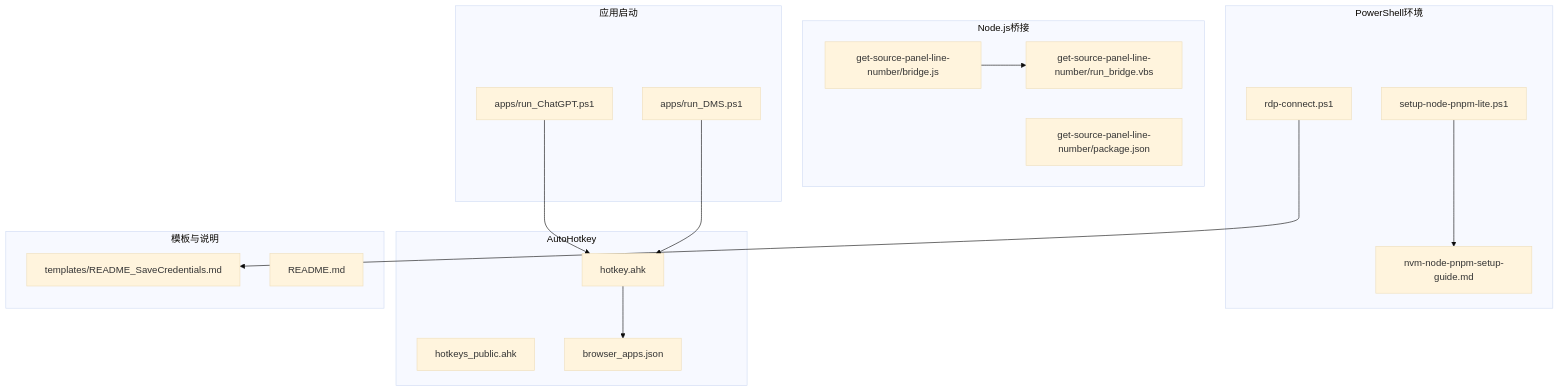
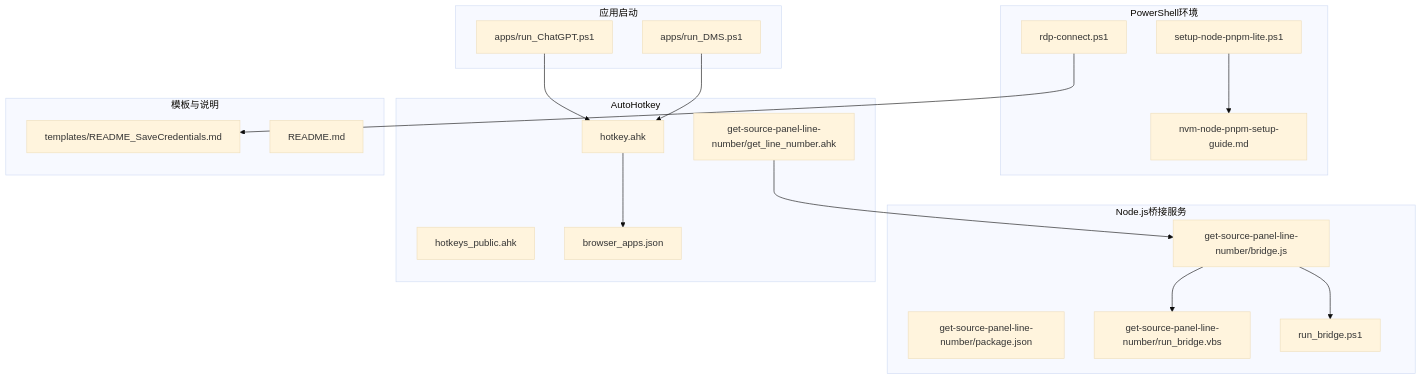
One commit to wangys-123doit/hotkey changed the first of 8 diagrams in .qoder/repowiki/zh/content/外部工具集成/PowerShell集成.md. Above: the diagram before and after it, drawn with Mermaid (base theme). The commit also changed other lines of this file and 5 other files, not shown here.

````diff
--- a/.qoder/repowiki/zh/content/外部工具集成/PowerShell集成.md
+++ b/.qoder/repowiki/zh/content/外部工具集成/PowerShell集成.md
@@ -49,32 +53,36 @@
 ```mermaid
 graph TB
 subgraph "应用启动"
 A1["apps/run_ChatGPT.ps1"]
 A2["apps/run_DMS.ps1"]
 end
-subgraph "Node.js桥接"
+subgraph "Node.js桥接服务"
 N1["get-source-panel-line-number/bridge.js"]
 N2["get-source-panel-line-number/package.json"]
 N3["get-source-panel-line-number/run_bridge.vbs"]
+N4["run_bridge.ps1"]
 end
 subgraph "PowerShell环境"
 P1["setup-node-pnpm-lite.ps1"]
 P2["nvm-node-pnpm-setup-guide.md"]
 P3["rdp-connect.ps1"]
 end
 subgraph "AutoHotkey"
 H1["hotkey.ahk"]
 H2["hotkeys_public.ahk"]
 H3["browser_apps.json"]
+H4["get-source-panel-line-number/get_line_number.ahk"]
 end
 subgraph "模板与说明"
 T1["templates/README_SaveCredentials.md"]
 R1["README.md"]
 end
 A1 --> H1
 A2 --> H1
 H1 --> H3
 N1 --> N3
+N1 --> N4
 P1 --> P2
 P3 --> T1
+H4 --> N1
 ```
````
